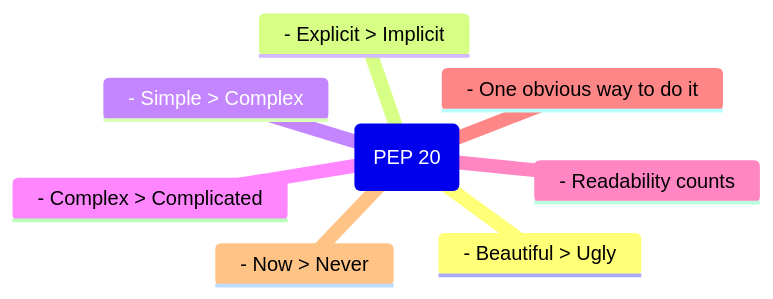
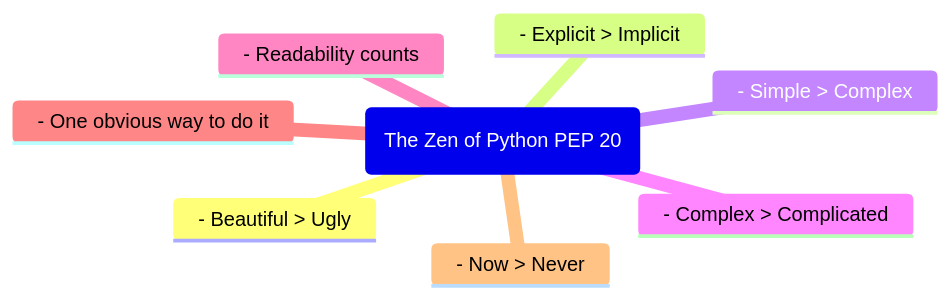
One commit to ag999git/book-test changed the second of 16 diagrams in mermaid-figures.md. Above: the diagram before and after it, drawn with Mermaid. The commit also changed other lines of this file, not shown here.

````diff
--- a/mermaid-figures.md
+++ b/mermaid-figures.md
@@ -12,11 +12,11 @@
 ```mermaid
 mindmap
-The Zen of Python (PEP 20)
+(The Zen of Python PEP 20)
   - Beautiful > Ugly
   - Explicit > Implicit
   - Simple > Complex
   - Complex > Complicated
   - Readability counts
   - One obvious way to do it
   - Now > Never
 ```
````
